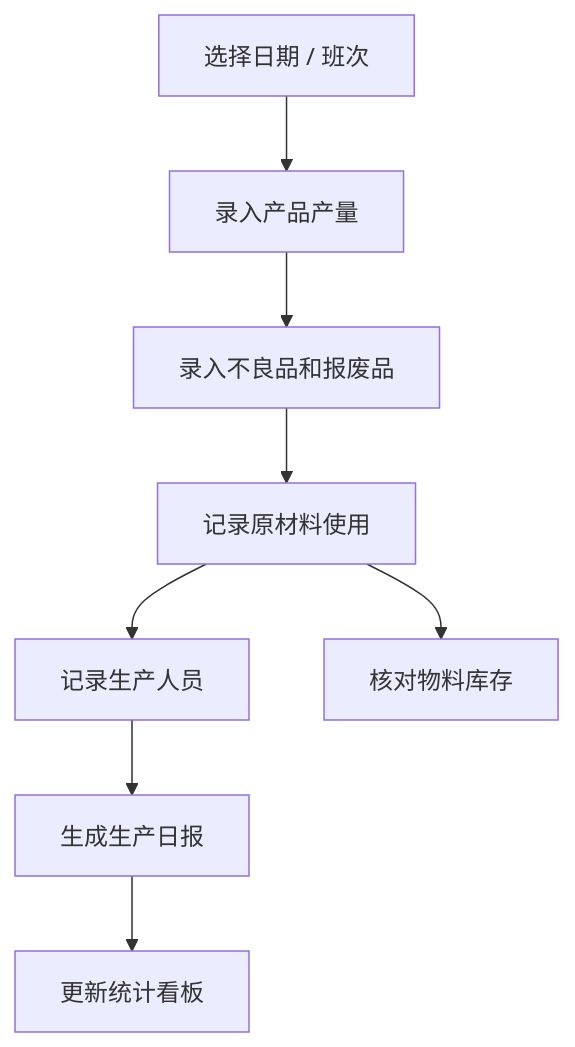
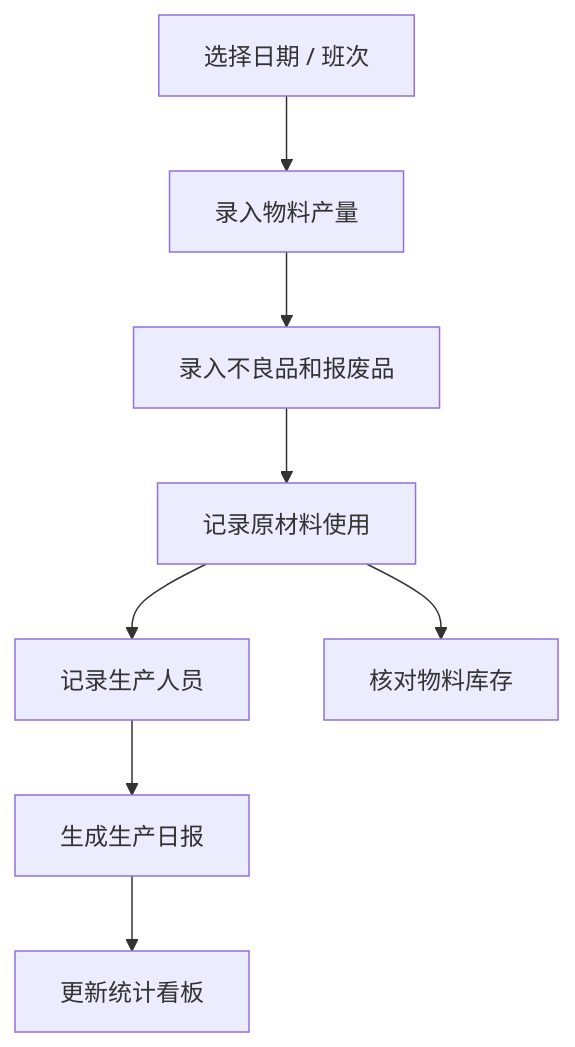
The fifth of 11 diagrams in docs/minierp/system-function-flow.md (goldf2/mes-lite), drawn with Mermaid before and after one commit. The commit also changed other lines of this file and 40 other files, not shown here.

````diff
--- a/docs/minierp/system-function-flow.md
+++ b/docs/minierp/system-function-flow.md
@@ -169,10 +169,10 @@
 ```mermaid
 flowchart TD
-  A["选择日期 / 班次"] --> B["录入产品产量"]
+  A["选择日期 / 班次"] --> B["录入物料产量"]
   B --> C["录入不良品和报废品"]
   C --> D["记录原材料使用"]
   D --> E["记录生产人员"]
   E --> F["生成生产日报"]
   F --> G["更新统计看板"]
   D --> H["核对物料库存"]
 ```
````
